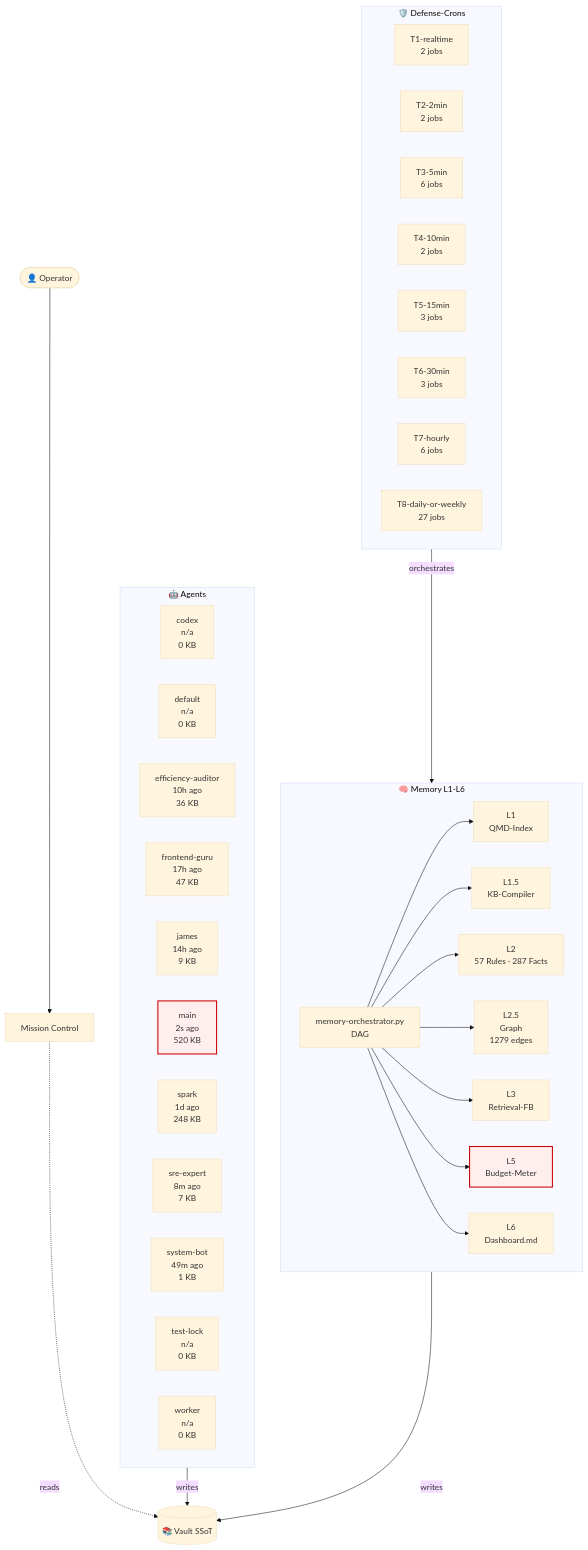
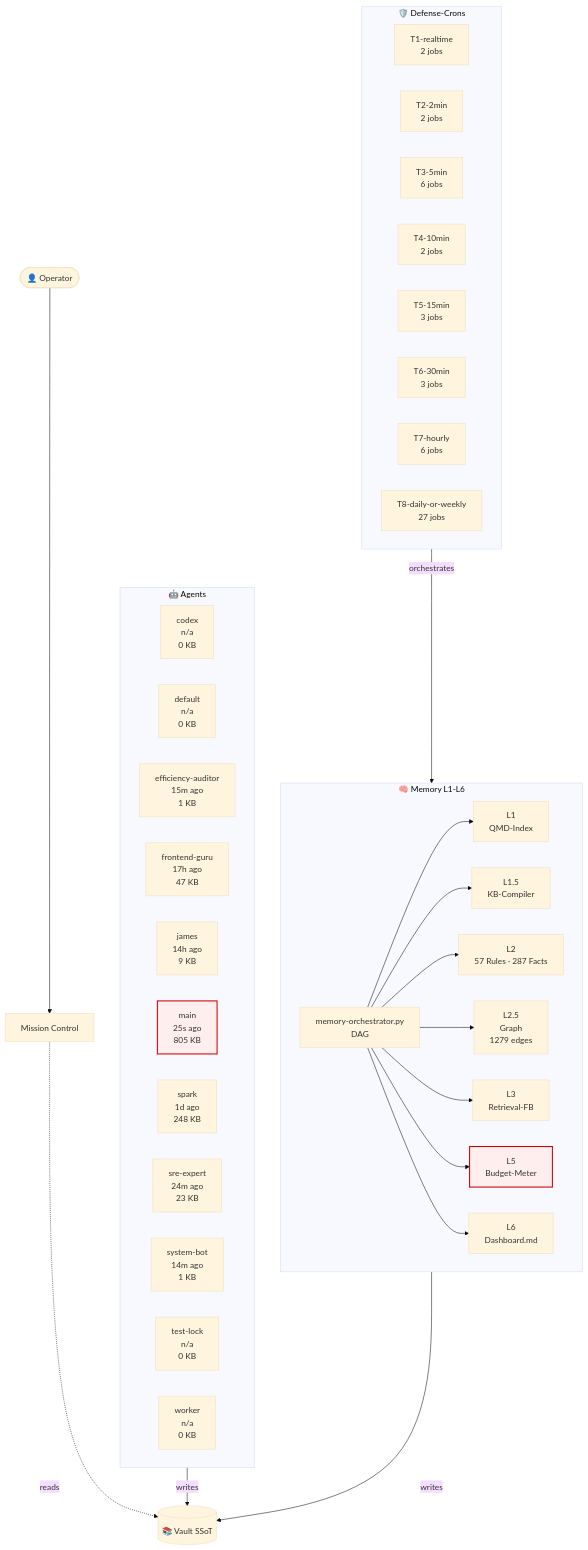
One commit to lenardhuebner88-rgb/openclaw-memory changed the diagram in 03-Agents/architecture-live.md. Above: the diagram before and after it, drawn with Mermaid (base theme). The commit also changed other lines of this file and 19 other files, not shown here.

````diff
--- a/03-Agents/architecture-live.md
+++ b/03-Agents/architecture-live.md
@@ -18,54 +18,54 @@
 ```mermaid
 flowchart TB
     classDef critical fill:#fee,stroke:#c00,stroke-width:2px;
     subgraph AGT["🤖 Agents"]
         agent_codex["codex<br/>n/a<br/>0 KB"]
         agent_default["default<br/>n/a<br/>0 KB"]
-        agent_efficiency_auditor["efficiency-auditor<br/>10h ago<br/>36 KB"]
+        agent_efficiency_auditor["efficiency-auditor<br/>15m ago<br/>1 KB"]
         agent_frontend_guru["frontend-guru<br/>17h ago<br/>47 KB"]
         agent_james["james<br/>14h ago<br/>9 KB"]
-        agent_main["main<br/>2s ago<br/>520 KB"]
+        agent_main["main<br/>25s ago<br/>805 KB"]
         agent_spark["spark<br/>1d ago<br/>248 KB"]
-        agent_sre_expert["sre-expert<br/>8m ago<br/>7 KB"]
-        agent_system_bot["system-bot<br/>49m ago<br/>1 KB"]
+        agent_sre_expert["sre-expert<br/>24m ago<br/>23 KB"]
+        agent_system_bot["system-bot<br/>14m ago<br/>1 KB"]
         agent_test_lock["test-lock<br/>n/a<br/>0 KB"]
         agent_worker["worker<br/>n/a<br/>0 KB"]
     end
     subgraph MEM["🧠 Memory L1-L6"]
         L1["L1<br/>QMD-Index"]
         L15["L1.5<br/>KB-Compiler"]
         L2["L2<br/>57 Rules · 287 Facts"]
         L25["L2.5<br/>Graph<br/>1279 edges"]
         L3["L3<br/>Retrieval-FB"]
         L5["L5<br/>Budget-Meter"]
         L6["L6<br/>Dashboard.md"]
         ORCH["memory-orchestrator.py<br/>DAG"]
     end
     subgraph CRN["🛡️ Defense-Crons"]
         tier_T1_realtime["T1-realtime<br/>2 jobs"]
         tier_T2_2min["T2-2min<br/>2 jobs"]
         tier_T3_5min["T3-5min<br/>6 jobs"]
         tier_T4_10min["T4-10min<br/>2 jobs"]
         tier_T5_15min["T5-15min<br/>3 jobs"]
         tier_T6_30min["T6-30min<br/>3 jobs"]
         tier_T7_hourly["T7-hourly<br/>6 jobs"]
         tier_T8_daily_or_weekly["T8-daily-or-weekly<br/>27 jobs"]
     end
     VAULT[("📚 Vault SSoT")]
     OP([👤 Operator])
     MC["Mission Control"]
     OP --> MC
     MC -.reads.-> VAULT
     AGT -->|writes| VAULT
     MEM -->|writes| VAULT
     ORCH --> L1
     ORCH --> L15
     ORCH --> L2
     ORCH --> L25
     ORCH --> L3
     ORCH --> L5
     ORCH --> L6
     CRN -->|orchestrates| MEM
     class L5 critical
     class agent_main critical
 ```
````
